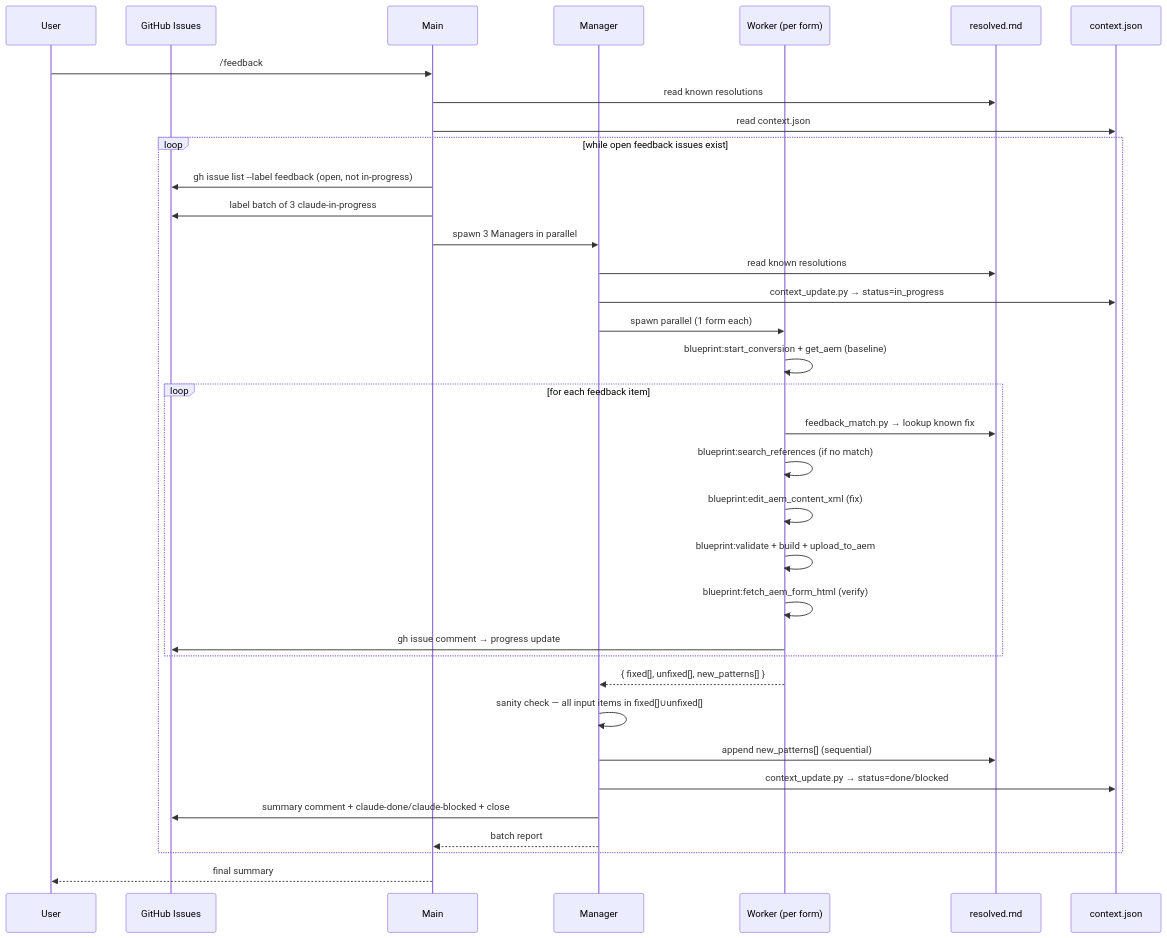
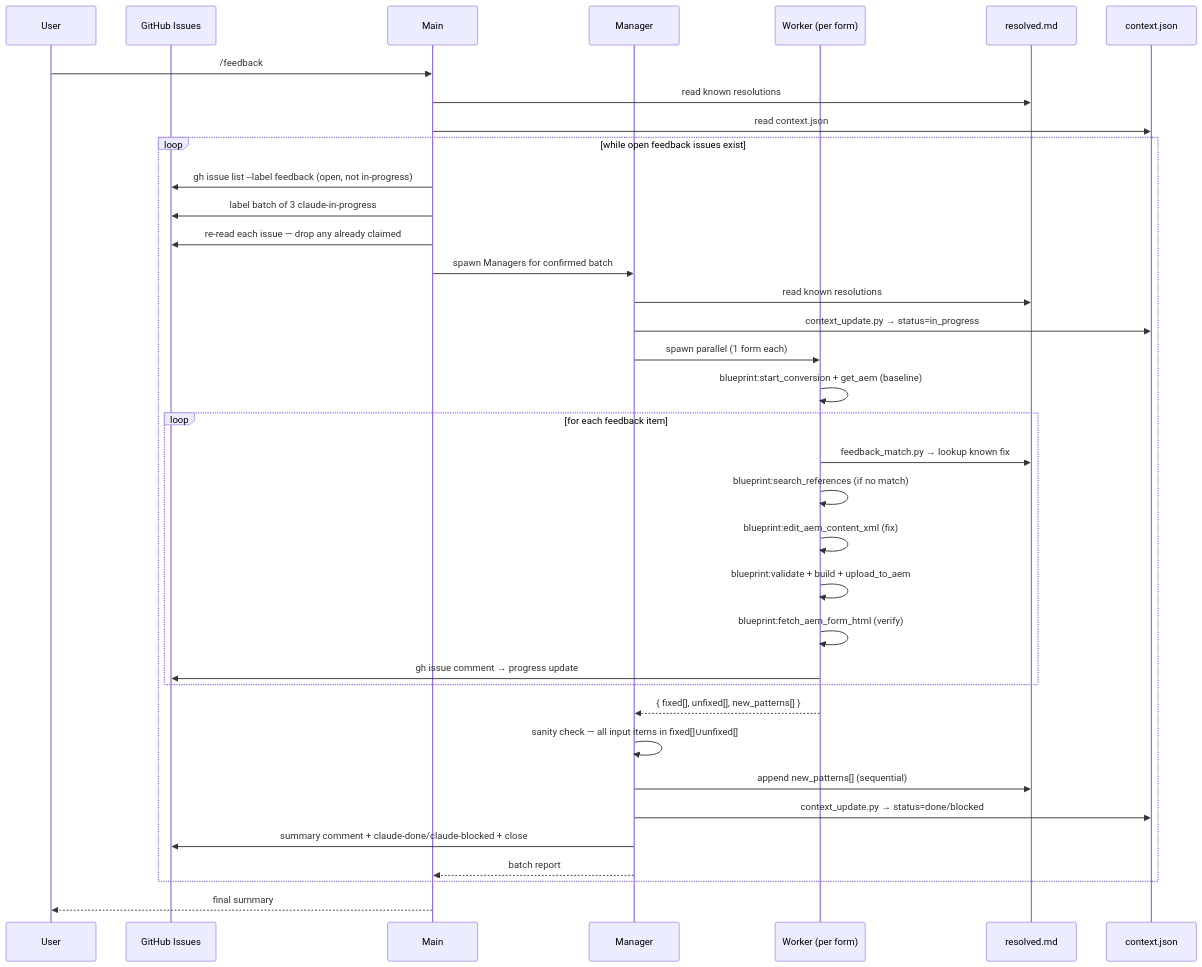
Before and after one commit to ajilach/ajila-forms-conversion-engine: the second of 2 diagrams in docs/feedback-pipeline-plan.md, drawn with Mermaid. The commit also changed other lines of this file, not shown here.

````diff
--- a/docs/feedback-pipeline-plan.md
+++ b/docs/feedback-pipeline-plan.md
@@ -73,45 +73,46 @@
 ```mermaid
 sequenceDiagram
     participant U as User
     participant GH as GitHub Issues
     participant Main
     participant Mgr as Manager
     participant Wkr as Worker (per form)
     participant R as resolved.md
     participant C as context.json
 
     U->>Main: /feedback
     Main->>R: read known resolutions
     Main->>C: read context.json
 
     loop while open feedback issues exist
         Main->>GH: gh issue list --label feedback (open, not in-progress)
         Main->>GH: label batch of 3 claude-in-progress
-        Main->>Mgr: spawn 3 Managers in parallel
+        Main->>GH: re-read each issue — drop any already claimed
+        Main->>Mgr: spawn Managers for confirmed batch
 
         Mgr->>R: read known resolutions
         Mgr->>C: context_update.py → status=in_progress
         Mgr->>Wkr: spawn parallel (1 form each)
 
         Wkr->>Wkr: blueprint:start_conversion + get_aem (baseline)
 
         loop for each feedback item
             Wkr->>R: feedback_match.py → lookup known fix
             Wkr->>Wkr: blueprint:search_references (if no match)
             Wkr->>Wkr: blueprint:edit_aem_content_xml (fix)
             Wkr->>Wkr: blueprint:validate + build + upload_to_aem
             Wkr->>Wkr: blueprint:fetch_aem_form_html (verify)
             Wkr->>GH: gh issue comment → progress update
         end
 
         Wkr-->>Mgr: { fixed[], unfixed[], new_patterns[] }
 
         Mgr->>Mgr: sanity check — all input items in fixed[]∪unfixed[]
         Mgr->>R: append new_patterns[] (sequential)
         Mgr->>C: context_update.py → status=done/blocked
         Mgr->>GH: summary comment + claude-done/claude-blocked + close
         Mgr-->>Main: batch report
     end
 
     Main-->>U: final summary
 ```
````
